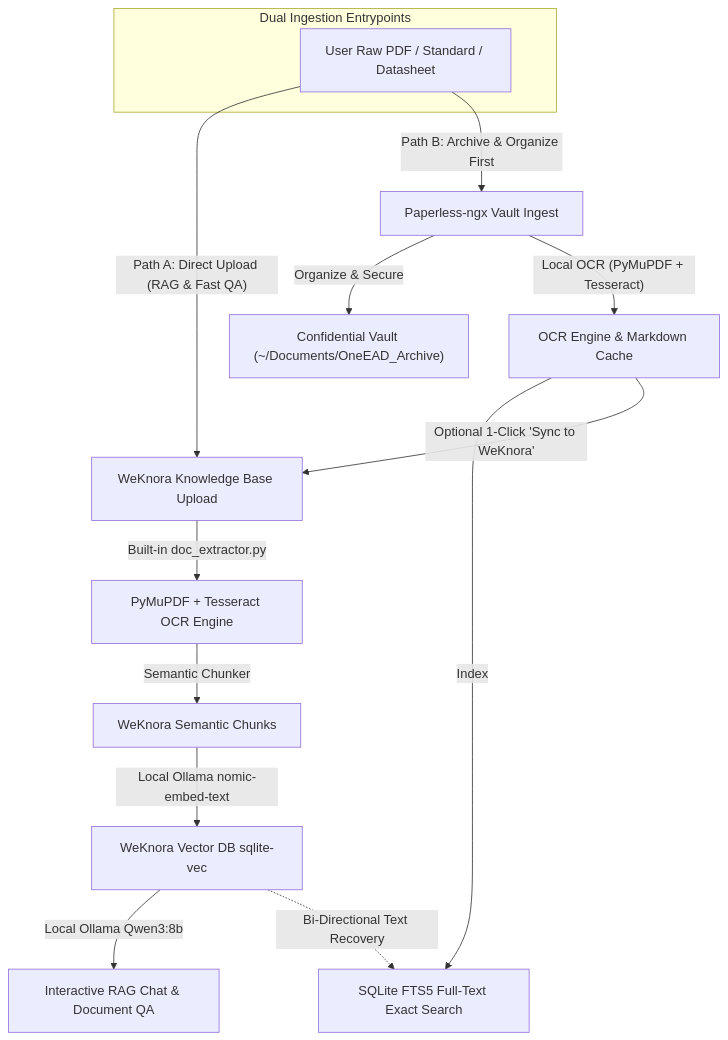
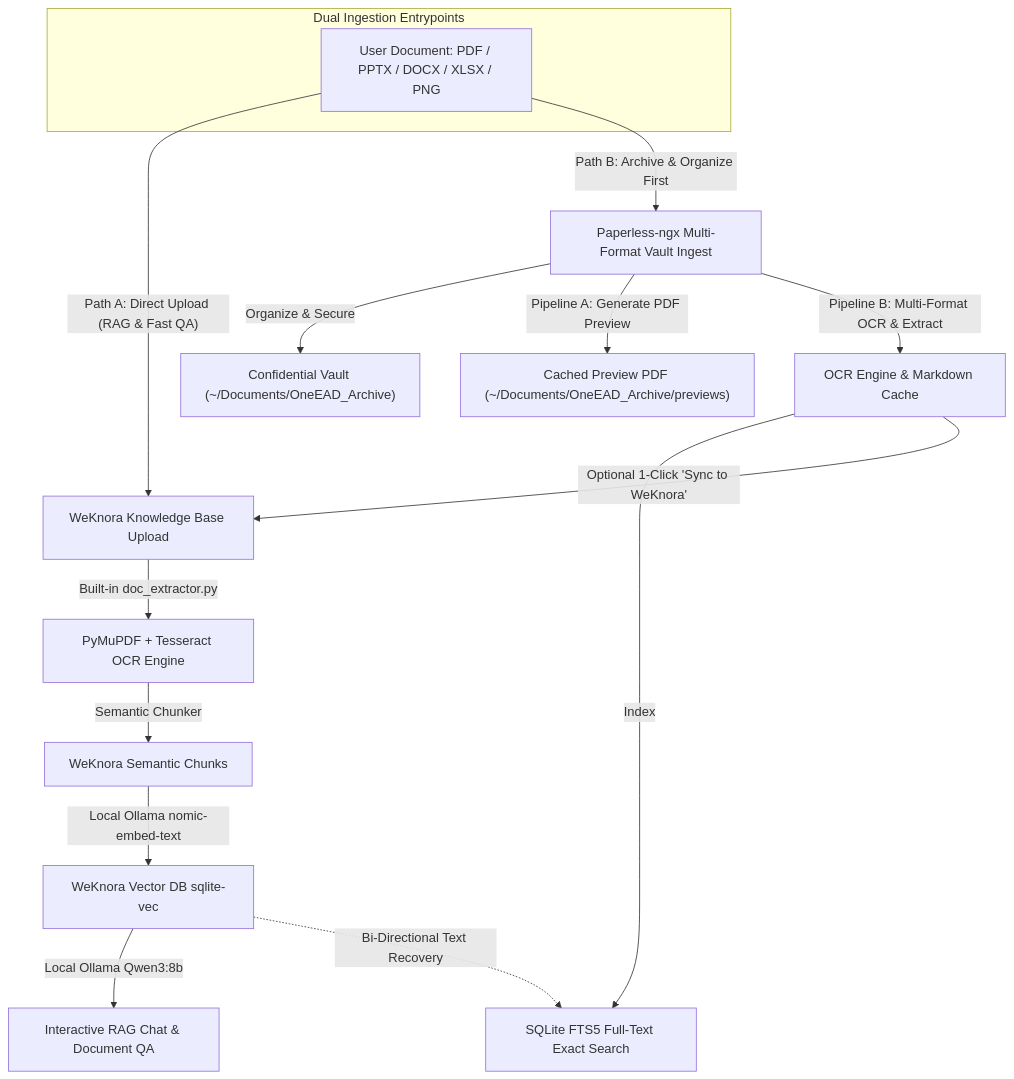
One commit to chlin1983/one-ead changed the diagram in modules/paperless_ngx/README.md. Above: the diagram before and after it, drawn with Mermaid. The commit also changed other lines of this file and 6 other files, not shown here.

Commit message:
feat(paperless): add multi-format dual-pipeline for PPTX/DOCX/XLSX/PNG OCR and inline preview

````diff
--- a/modules/paperless_ngx/README.md
+++ b/modules/paperless_ngx/README.md
@@ -75,22 +105,23 @@
 ```mermaid
 graph TD
     subgraph "Dual Ingestion Entrypoints"
-        RawDoc["User Raw PDF / Standard / Datasheet"]
+        RawDoc["User Document: PDF / PPTX / DOCX / XLSX / PNG"]
     end
 
     %% Path A: Direct to WeKnora
     RawDoc -->|"Path A: Direct Upload (RAG & Fast QA)"| W_Upload["WeKnora Knowledge Base Upload"]
     W_Upload -->|"Built-in doc_extractor.py"| W_Extractor["PyMuPDF + Tesseract OCR Engine"]
     W_Extractor -->|"Semantic Chunker"| W_Chunks["WeKnora Semantic Chunks"]
     W_Chunks -->|"Local Ollama nomic-embed-text"| W_Vec["WeKnora Vector DB sqlite-vec"]
     W_Vec -->|"Local Ollama Qwen3:8b"| W_RAG["Interactive RAG Chat & Document QA"]
 
     %% Path B: Via Paperless-ngx
-    RawDoc -->|"Path B: Archive & Organize First"| P_Vault["Paperless-ngx Vault Ingest"]
+    RawDoc -->|"Path B: Archive & Organize First"| P_Vault["Paperless-ngx Multi-Format Vault Ingest"]
     P_Vault -->|"Organize & Secure"| P_Store["Confidential Vault (~/Documents/OneEAD_Archive)"]
-    P_Vault -->|"Local OCR (PyMuPDF + Tesseract)"| P_OCR["OCR Engine & Markdown Cache"]
+    P_Vault -->|"Pipeline A: Generate PDF Preview"| P_Prev["Cached Preview PDF (~/Documents/OneEAD_Archive/previews)"]
+    P_Vault -->|"Pipeline B: Multi-Format OCR & Extract"| P_OCR["OCR Engine & Markdown Cache"]
     P_OCR -->|"Index"| P_FTS["SQLite FTS5 Full-Text Exact Search"]
     P_OCR -->|"Optional 1-Click 'Sync to WeKnora'"| W_Upload
 
     W_Vec -.->|"Bi-Directional Text Recovery"| P_FTS
 ```
````
